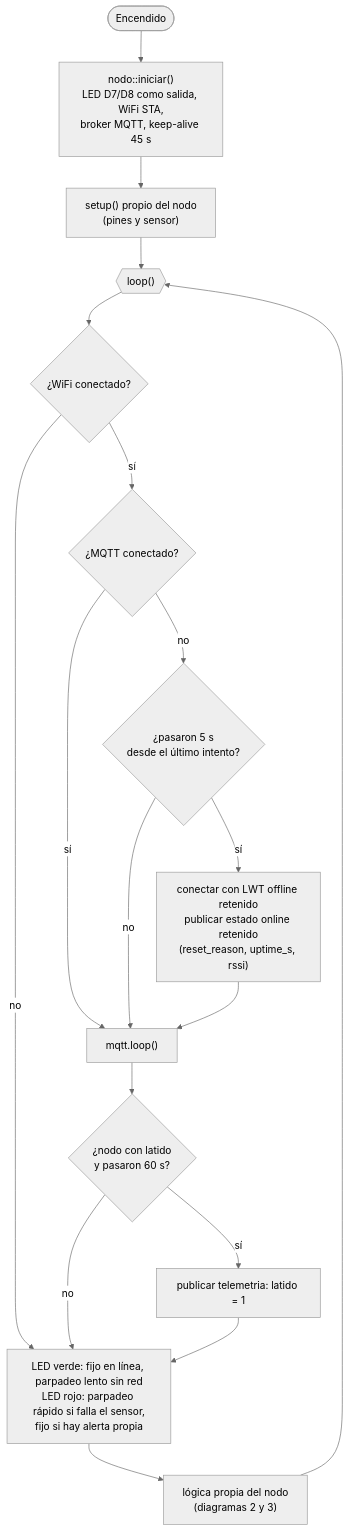
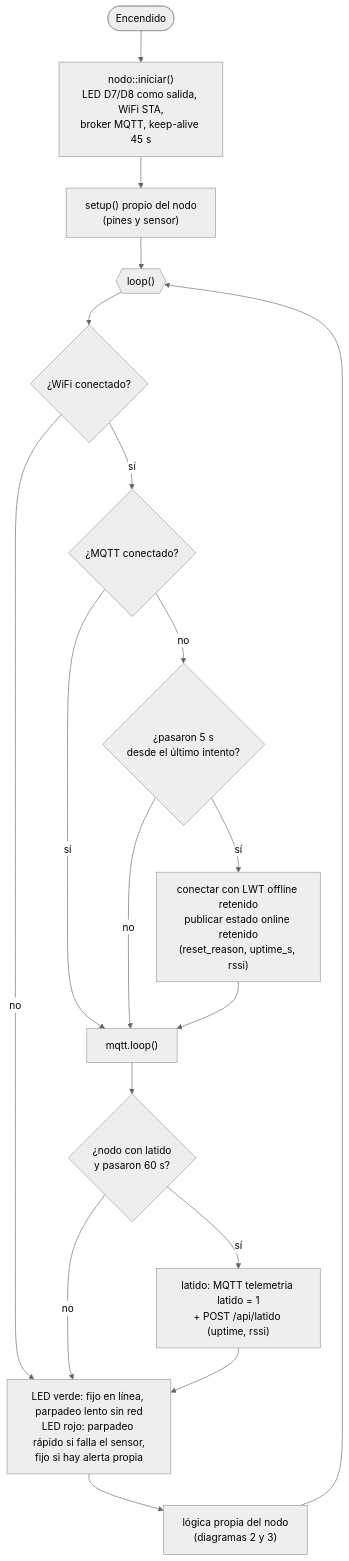
The first of 3 diagrams in diagramas/firmware_flujo.md (cyuxSz/Argos-equipo), drawn with Mermaid (neutral theme) before and after one commit. The commit also changed other lines of this file and 14 other files, not shown here.

First line of the commit message:
Diagramas vigentes y calendario desde el 10 de noviembre

````diff
--- a/diagramas/firmware_flujo.md
+++ b/diagramas/firmware_flujo.md
@@ -9,20 +11,20 @@
 ```mermaid
 flowchart TD
   A([Encendido]) --> B["nodo::iniciar()<br/>LED D7/D8 como salida, WiFi STA,<br/>broker MQTT, keep-alive 45 s"]
   B --> C["setup() propio del nodo<br/>(pines y sensor)"]
   C --> L{{"loop()"}}
   L --> W{"¿WiFi conectado?"}
   W -- no --> LED
   W -- sí --> M{"¿MQTT conectado?"}
   M -- sí --> ML["mqtt.loop()"]
   M -- no --> R{"¿pasaron 5 s<br/>desde el último intento?"}
   R -- no --> ML
   R -- sí --> CX["conectar con LWT offline retenido<br/>publicar estado online retenido<br/>(reset_reason, uptime_s, rssi)"]
   CX --> ML
   ML --> LAT{"¿nodo con latido<br/>y pasaron 60 s?"}
-  LAT -- sí --> PL["publicar telemetria: latido = 1"]
+  LAT -- sí --> PL["latido: MQTT telemetria latido = 1<br/>+ POST /api/latido (uptime, rssi)"]
   LAT -- no --> LED
   PL --> LED
   LED["LED verde: fijo en línea, parpadeo lento sin red<br/>LED rojo: parpadeo rápido si falla el sensor,<br/>fijo si hay alerta propia"] --> P["lógica propia del nodo<br/>(diagramas 2 y 3)"]
   P --> L
 ```
````
